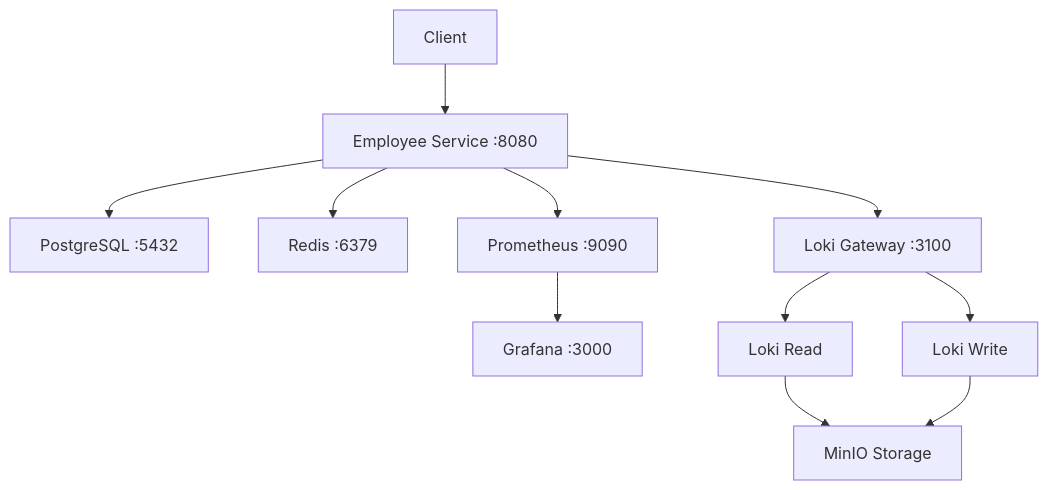
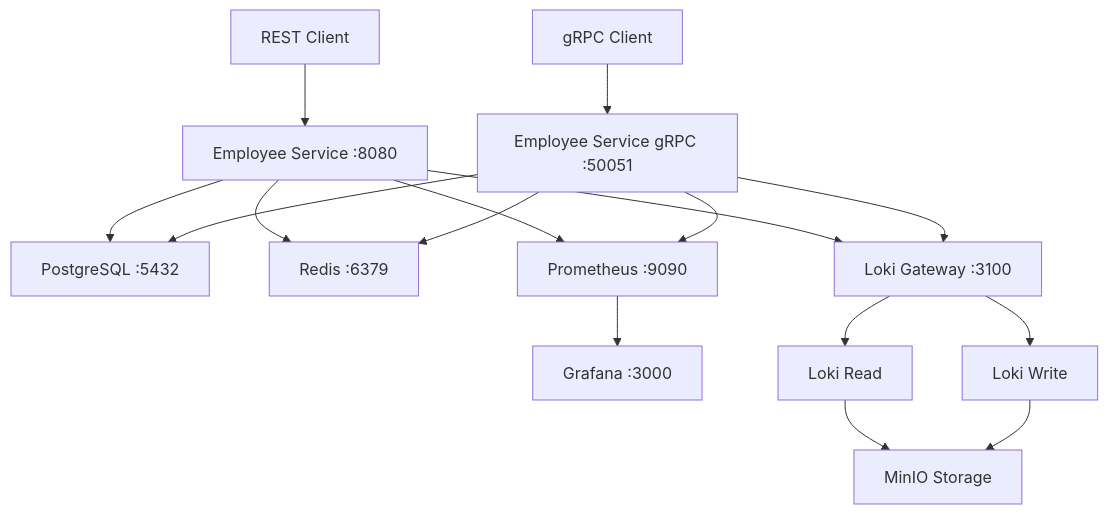
Before and after one commit to Adamanr/employee-service: the diagram in README.md, drawn with Mermaid. The commit also changed other lines of this file, not shown here.

````diff
--- a/README.md
+++ b/README.md
@@ -50,13 +59,18 @@
 ```mermaid
 graph TB
-    A[Client] --> B[Employee Service :8080]
+    A[REST Client] --> B[Employee Service :8080]
+    A1[gRPC Client] --> B1[Employee Service gRPC :50051]
     B --> C[PostgreSQL :5432]
+    B1 --> C
     B --> D[Redis :6379]
+    B1 --> D
     B --> E[Prometheus :9090]
+    B1 --> E
     E --> F[Grafana :3000]
     B --> G[Loki Gateway :3100]
+    B1 --> G
     G --> H[Loki Read]
     G --> I[Loki Write]
     H --> J[MinIO Storage]
     I --> J
 ```
````
